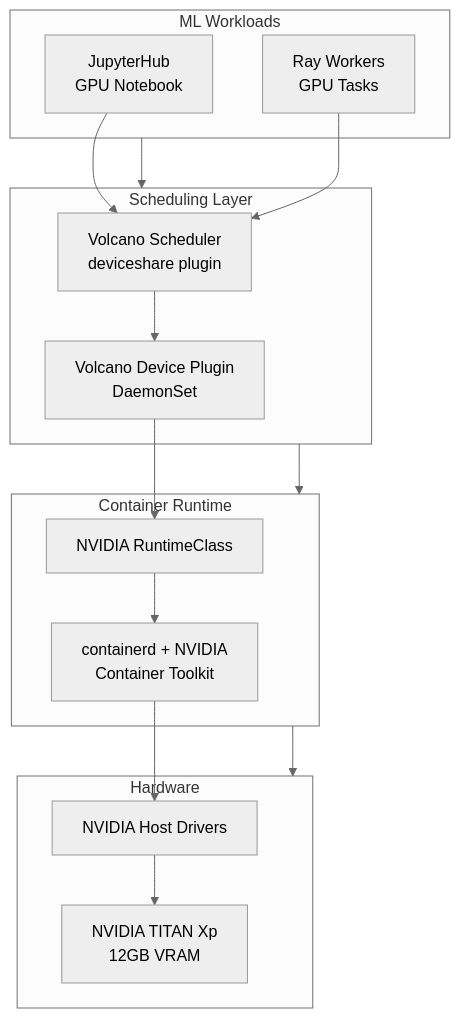
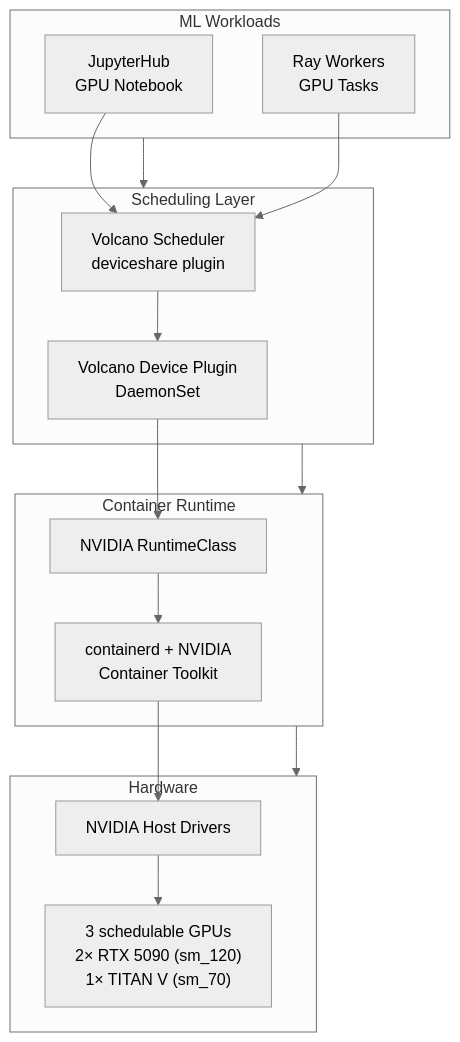
One commit to fmfi-dai-gpu-servers/compute-wiki changed the first of 3 diagrams in gpu-stack.md. Above: the diagram before and after it, drawn with Mermaid (neutral theme). The commit also changed other lines of this file and 7 other files, not shown here.

First line of the commit message:
Document cu128 GPU platform, TITAN Xp masking, and 6-node cluster

````diff
--- a/gpu-stack.md
+++ b/gpu-stack.md
@@ -7,34 +7,34 @@
 ```mermaid
 flowchart TB
     subgraph workloads["ML Workloads"]
         JH_GPU["JupyterHub\nGPU Notebook"]
         RAY_GPU["Ray Workers\nGPU Tasks"]
     end
 
     subgraph scheduling["Scheduling Layer"]
         V_S["Volcano Scheduler\ndeviceshare plugin"]
         V_DP["Volcano Device Plugin\nDaemonSet"]
     end
 
     subgraph runtime["Container Runtime"]
         N_RT["NVIDIA RuntimeClass"]
         CT["containerd + NVIDIA\nContainer Toolkit"]
     end
 
     subgraph hardware["Hardware"]
         DRV["NVIDIA Host Drivers"]
-        GPU["NVIDIA TITAN Xp\n12GB VRAM"]
+        GPU["3 schedulable GPUs\n2× RTX 5090 (sm_120)\n1× TITAN V (sm_70)"]
     end
 
     workloads --> scheduling
     scheduling --> runtime
     runtime --> hardware
 
     JH_GPU --> V_S
     RAY_GPU --> V_S
     V_S --> V_DP
     V_DP --> N_RT
     N_RT --> CT
     CT --> DRV
     DRV --> GPU
 ```
````
